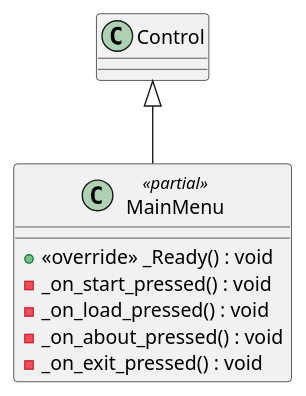
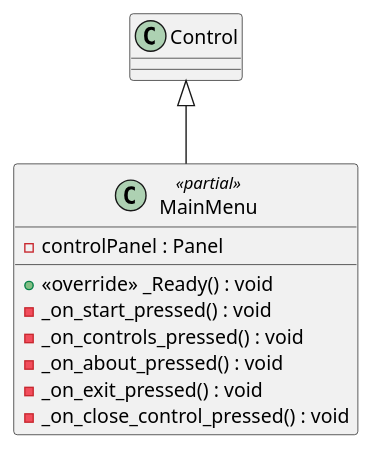
Before and after one commit to Leximon-SWE-2025/Leximon: the diagram in PlantUML/scenes/MainMenu.puml, drawn with PlantUML. The commit also changed 6 other files, not shown here.

Commit message:
update uml

```diff
--- a/PlantUML/scenes/MainMenu.puml
+++ b/PlantUML/scenes/MainMenu.puml
@@ -1,10 +1,12 @@
 @startuml
 class MainMenu <<partial>> {
+    - controlPanel : Panel
     + <<override>> _Ready() : void
     - _on_start_pressed() : void
-    - _on_load_pressed() : void
+    - _on_controls_pressed() : void
     - _on_about_pressed() : void
     - _on_exit_pressed() : void
+    - _on_close_control_pressed() : void
 }
 Control <|-- MainMenu
 @enduml
```
